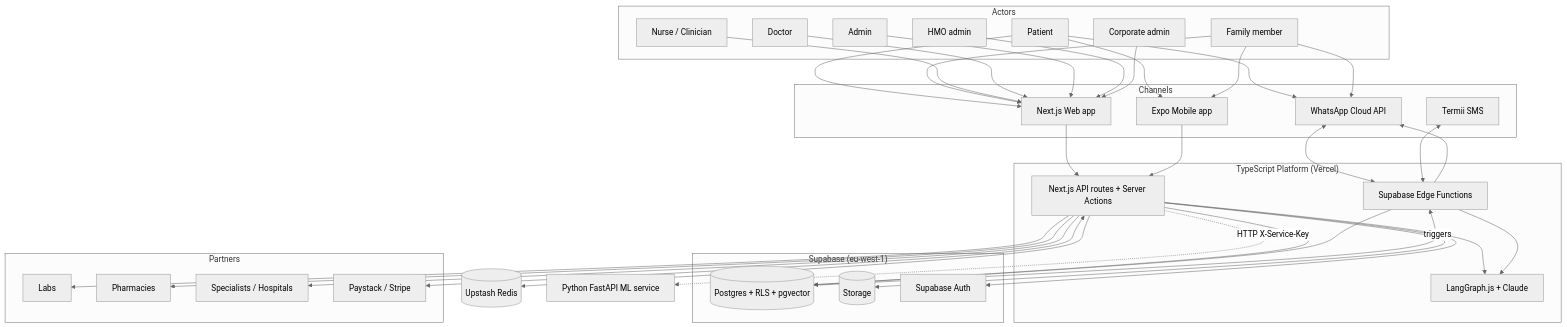
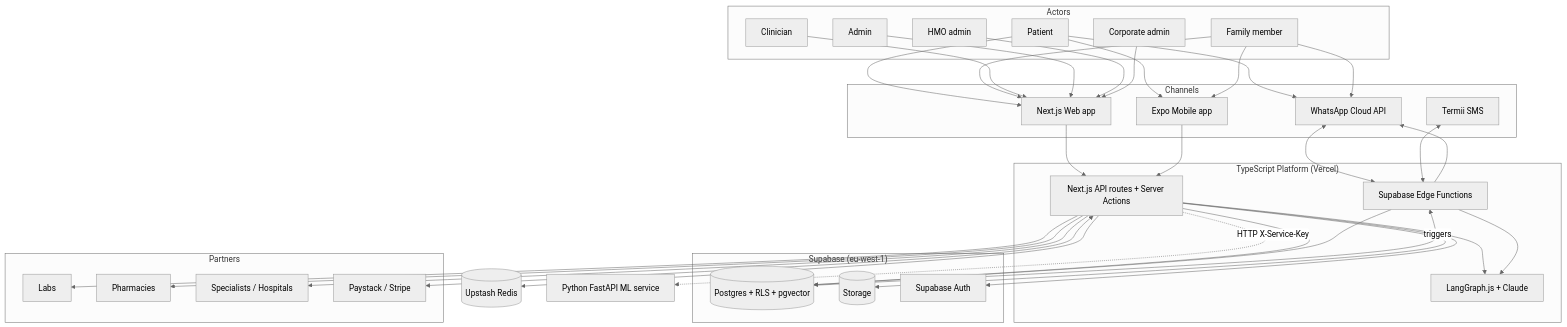
Before and after one commit to Kolalonge-creator/Tarragon-Health: the first of 6 diagrams in docs/ARCHITECTURE.md, drawn with Mermaid (neutral theme). The commit also changed other lines of this file and 23 other files, not shown here.

````diff
--- a/docs/ARCHITECTURE.md
+++ b/docs/ARCHITECTURE.md
@@ -44,54 +44,53 @@
 ```mermaid
 graph TB
   subgraph Actors
     P[Patient]
     F[Family member]
-    N[Nurse / Clinician]
-    D[Doctor]
+    N[Clinician]
     A[Admin]
     HMO[HMO admin]
     CORP[Corporate admin]
   end
 
   subgraph Channels
     WA[WhatsApp Cloud API]
     SMS[Termii SMS]
     WEB[Next.js Web app]
     MOB[Expo Mobile app]
   end
 
   subgraph Platform["TypeScript Platform (Vercel)"]
     API[Next.js API routes + Server Actions]
     EDGE[Supabase Edge Functions]
     AI[LangGraph.js + Claude]
   end
 
   subgraph Data["Supabase (eu-west-1)"]
     DB[(Postgres + RLS + pgvector)]
     STORE[(Storage)]
     AUTH[Supabase Auth]
   end
 
   REDIS[(Upstash Redis)]
   ML[Python FastAPI ML service]
 
   subgraph Partners
     LAB[Labs]
     PHARM[Pharmacies]
     SPEC[Specialists / Hospitals]
     PAY[Paystack / Stripe]
   end
 
   P & F --> WA & WEB & MOB
-  N & D & A & HMO & CORP --> WEB
+  N & A & HMO & CORP --> WEB
   WA <--> EDGE
   SMS <--> EDGE
   WEB & MOB --> API
   API --> DB & AUTH & STORE & REDIS
   API --> AI
   API -. HTTP X-Service-Key .-> ML
   EDGE --> DB & WA & AI
   DB -- triggers --> EDGE
   API <--> PAY
   API --> LAB & PHARM & SPEC
 ```
````
